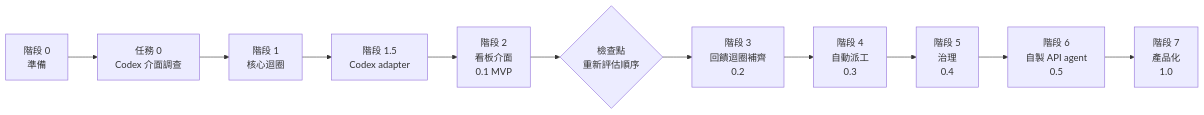
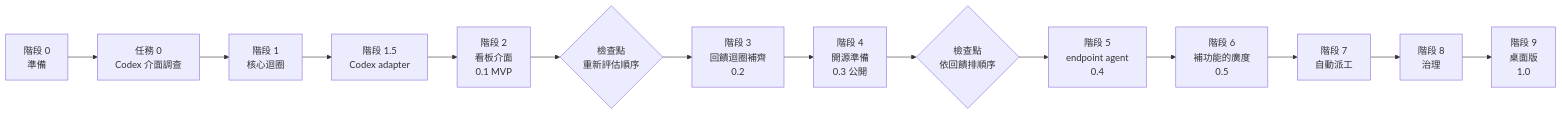
One commit to ppoozine/agent-supervisor changed diagram 17 of 18 in docs/06-diagrams.md. Above: the diagram before and after it, drawn with Mermaid. The commit also changed other lines of this file and 7 other files, not shown here.

First line of the commit message:
docs(roadmap): reorder the phases for open source and add the phase 4 tasks

````diff
--- a/docs/06-diagrams.md
+++ b/docs/06-diagrams.md
@@ -558,13 +558,16 @@
 ```mermaid
 flowchart LR
     p0["階段 0<br/>準備"] --> t0["任務 0<br/>Codex 介面調查"]
     t0 --> p1["階段 1<br/>核心迴圈"]
     p1 --> p15["階段 1.5<br/>Codex adapter"]
     p15 --> p2["階段 2<br/>看板介面<br/>0.1 MVP"]
     p2 --> check{"檢查點<br/>重新評估順序"}
     check --> p3["階段 3<br/>回饋迴圈補齊<br/>0.2"]
-    p3 --> p4["階段 4<br/>自動派工<br/>0.3"]
-    p4 --> p5["階段 5<br/>治理<br/>0.4"]
-    p5 --> p6["階段 6<br/>自製 API agent<br/>0.5"]
-    p6 --> p7["階段 7<br/>產品化<br/>1.0"]
+    p3 --> p4["階段 4<br/>開源準備<br/>0.3 公開"]
+    p4 --> check2{"檢查點<br/>依回饋排順序"}
+    check2 --> p5["階段 5<br/>endpoint agent<br/>0.4"]
+    p5 --> p6["階段 6<br/>補功能的廣度<br/>0.5"]
+    p6 --> p7["階段 7<br/>自動派工"]
+    p7 --> p8["階段 8<br/>治理"]
+    p8 --> p9["階段 9<br/>桌面版<br/>1.0"]
 ```
````
